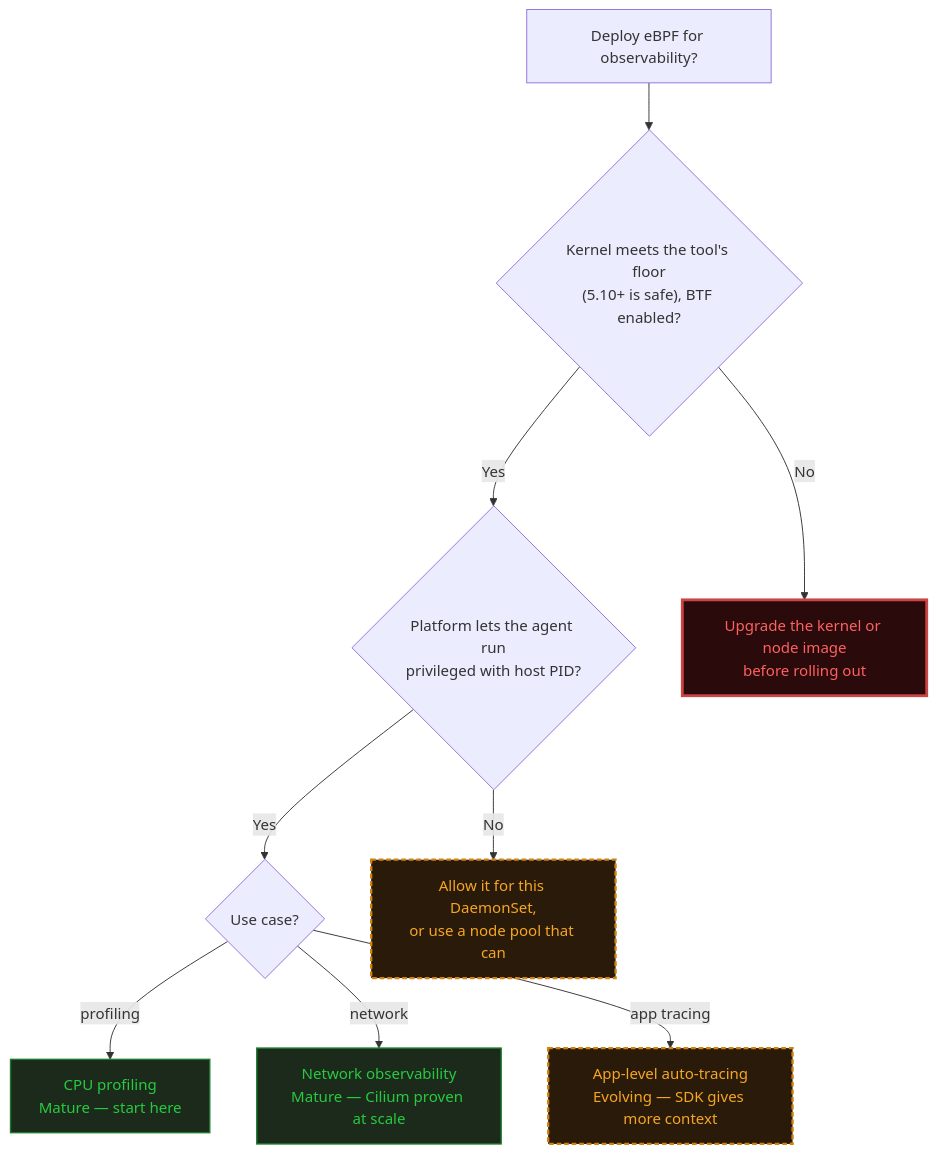
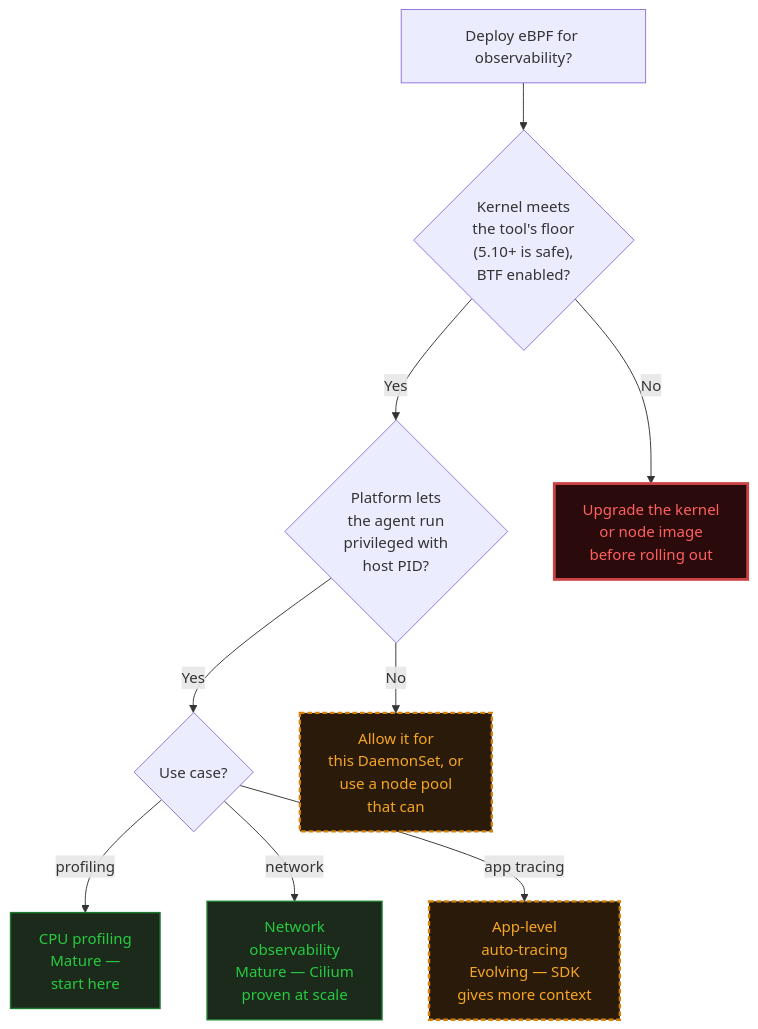
Before and after one commit to radra23/scryops-site: the diagram in content/qa/ebpf-production-ready.md, drawn with Mermaid. The commit also changed 49 other files, not shown here.

First line of the commit message:
fix(diagrams): fit the 18 live Mermaid diagrams that panned under the 12/14 floor

```diff
--- a/content/qa/ebpf-production-ready.md
+++ b/content/qa/ebpf-production-ready.md
@@ -22,25 +22,25 @@
 {{< mermaid caption="Fig. — Kernel BTF support and agent privileges are the two gates that decide whether eBPF deploys cleanly. Clear them and profiling or networking are safe starting points; app tracing still lags behind what an SDK captures." >}}
 flowchart TD
     start["Deploy eBPF for observability?"]
-    kernel{"Kernel meets the tool's floor<br/>(5.10+ is safe), BTF enabled?"}
-    caps{"Platform lets the agent run<br/>privileged with host PID?"}
+    kernel{"Kernel meets<br/>the tool's floor<br/>(5.10+ is safe),<br/>BTF enabled?"}
+    caps{"Platform lets<br/>the agent run<br/>privileged with<br/>host PID?"}
     usecase{"Use case?"}
-    upgrade["Upgrade the kernel or node image<br/>before rolling out"]
-    policy["Allow it for this DaemonSet,<br/>or use a node pool that can"]
-    profiling["CPU profiling<br/>Mature — start here"]
-    network["Network observability<br/>Mature — Cilium proven at scale"]
-    tracing["App-level auto-tracing<br/>Evolving — SDK gives more context"]
+    upgrade["Upgrade the kernel<br/>or node image<br/>before rolling out"]
+    policy["Allow it for<br/>this DaemonSet, or<br/>use a node pool<br/>that can"]
+    profiling["CPU profiling<br/>Mature —<br/>start here"]
+    network["Network<br/>observability<br/>Mature — Cilium<br/>proven at scale"]
+    tracing["App-level<br/>auto-tracing<br/>Evolving — SDK<br/>gives more context"]
     start --> kernel
     kernel -->|No| upgrade
     kernel -->|Yes| caps
     caps -->|No| policy
     caps -->|Yes| usecase
     usecase -->|profiling| profiling
     usecase -->|network| network
     usecase -->|app tracing| tracing
     style profiling fill:#1C2A1C,stroke:#1C7A2E,color:#28CA41,stroke-width:1.5px
     style network fill:#1C2A1C,stroke:#1C7A2E,color:#28CA41,stroke-width:1.5px
     style tracing fill:#2A1A0A,stroke:#D4820A,color:#F5A623,stroke-width:2.5px,stroke-dasharray:5 3
     style upgrade fill:#2A0A0A,stroke:#CC4444,color:#FF6060,stroke-width:3px
     style policy fill:#2A1A0A,stroke:#D4820A,color:#F5A623,stroke-width:2.5px,stroke-dasharray:5 3
 {{< /mermaid >}}
```
